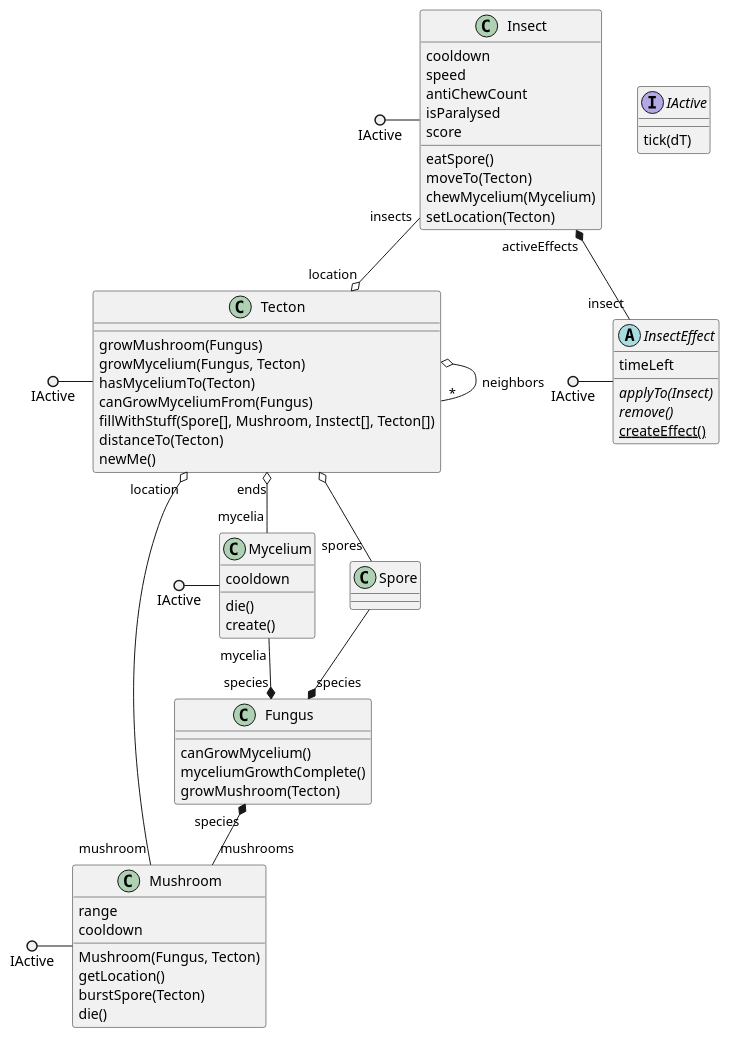
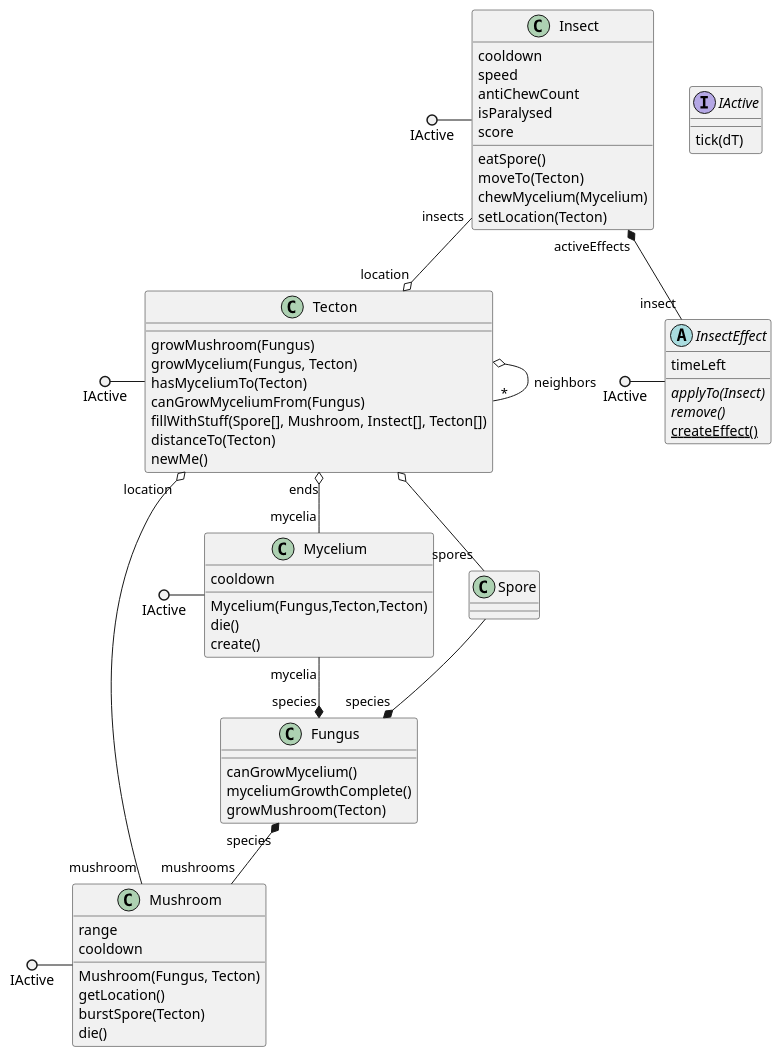
One commit to ZD4ve/projlab-error521 changed the diagram in classes.pu. Above: the diagram before and after it, drawn with PlantUML. The commit also changed 2 other files, not shown here.

```diff
--- a/classes.pu
+++ b/classes.pu
@@ -1,90 +1,102 @@
 @startuml classes
 interface IActive {
     tick(dT)
 }
 'Addneighbor, remove, fill belement többet hogy jelölünk
 'NEM E KELL RETURN TÍPUS'
 
+'Panni: nagyon sok konstruktor még hiányzik!!!
+
 'Dávid: kikommentelt fv-ek getter-setterek, elhagyhatjuk őket?
 'takeSpore->eatspore diagram
 'ha kell remove akkor removemushroom
+'Panni: szerintem a ezek főleg nem getter/setterek, hanem addok, removeok, azok szerintem kellenek
 
 'LÁTHATÓSÁG kell?
+'Panni: szerintem nem, mert a követelményekben szerint amúgy is csak publikus metódusok szerepelhetnek
+
+/' A követelményekből:
+    Attribútumok és metódusok is kellenek, típussal, paraméterrel együtt. Itt még csak publikus metódusok szerepelhetnek! 
+    Látsszanak a metódus-felüldefiniálások is (a felüldefiniált metódusok a leszármazott osztályban legyenek láthatók,
+    a nem felüldefiniáltak a leszármazottban elhagyhatók)
+'/
 class Tecton {
     growMushroom(Fungus)
     growMycelium(Fungus, Tecton)
     hasMyceliumTo(Tecton)
     canGrowMyceliumFrom(Fungus)
     ' removeInsect(Insect)
     ' addInsect(Insect)
     ' addNeighbor(Tecton)
     ' removeNeighbor(Tecton)
     fillWithStuff(Spore[], Mushroom, Instect[], Tecton[])
     distanceTo(Tecton)
     ' addSpore(Spore)
     newMe()
 }
 class Fungus {
     canGrowMycelium()
     myceliumGrowthComplete()
     growMushroom(Tecton)
 }
+'itt a create az micsoda?
 class Mycelium {
     cooldown
+    Mycelium(Fungus,Tecton,Tecton)
     die()
     create()
 }
 class Mushroom {
     range
     cooldown
     Mushroom(Fungus, Tecton)
     getLocation()
     ' setLocation(Tecton)
     burstSpore(Tecton)
     die()
 }
 class Spore
 
 'Panni: ide nem írom ki a getter-settereket, elegek szntem az attribútumok
 ' +ha van removeEffect() akkor applyEffect() nincs? vagy azt a setIsParalysed() és a hasonlóak helyettesítik?
 ' +azt viszont nem tudom h az asszociációk setterei (pl setLocation) kellenek-e
 class Insect {
     cooldown
     speed
     antiChewCount
     isParalysed
     score
     eatSpore()
     moveTo(Tecton)
     chewMycelium(Mycelium)
     ' removeEffect(InsectEffect)
     setLocation(Tecton)
 }
 abstract InsectEffect {
     timeLeft
     {abstract} applyTo(Insect)
     {abstract} remove()
     {static} createEffect()
 }
 
 IActive ()- Tecton
 IActive ()- Mushroom
 IActive ()- Mycelium
 IActive ()- Insect
 IActive ()- InsectEffect
 
 Tecton o-- "*" Tecton : neighbors
 Tecton "ends" o-- "mycelia" Mycelium
 Tecton o-- "spores" Spore
 Tecton "location" o-- "mushroom" Mushroom
 
 Mycelium "mycelia" --* "species" Fungus
 
 Insect "activeEffects" *-- "insect" InsectEffect
 Insect "insects" --o "location" Tecton
 
 Fungus "species" *-- "mushrooms" Mushroom
 
 Spore --* "species" Fungus
 
 @enduml
```
